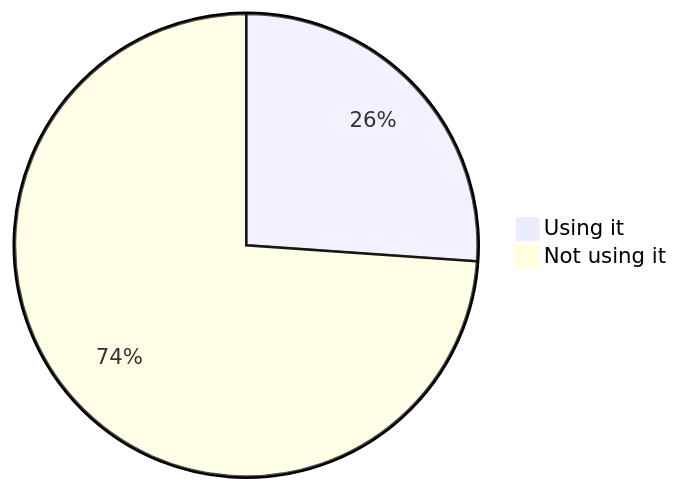
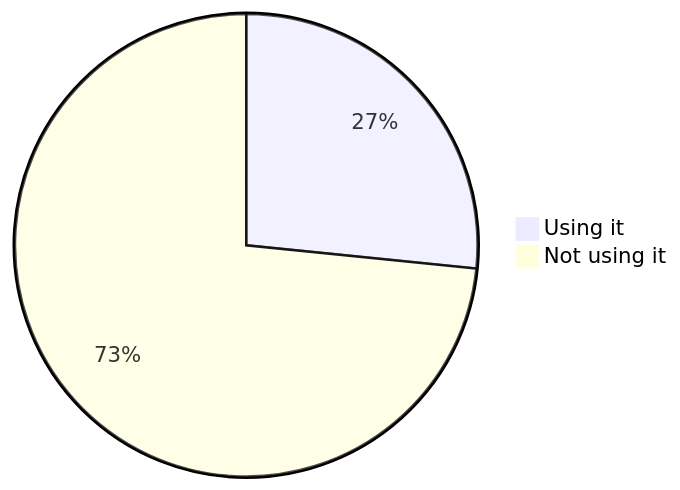
Diagram 15 of 22 in stats.md (oshp/oshp-stats), drawn with Mermaid before and after one commit. The commit also changed other lines of this file, not shown here.

````diff
--- a/stats.md
+++ b/stats.md
@@ -178,6 +178,6 @@
 ```mermaid
 pie
-	"Using it" : 26.11
-	"Not using it" : 73.89
+	"Using it" : 26.61
+	"Not using it" : 73.39
 
 ```
````
